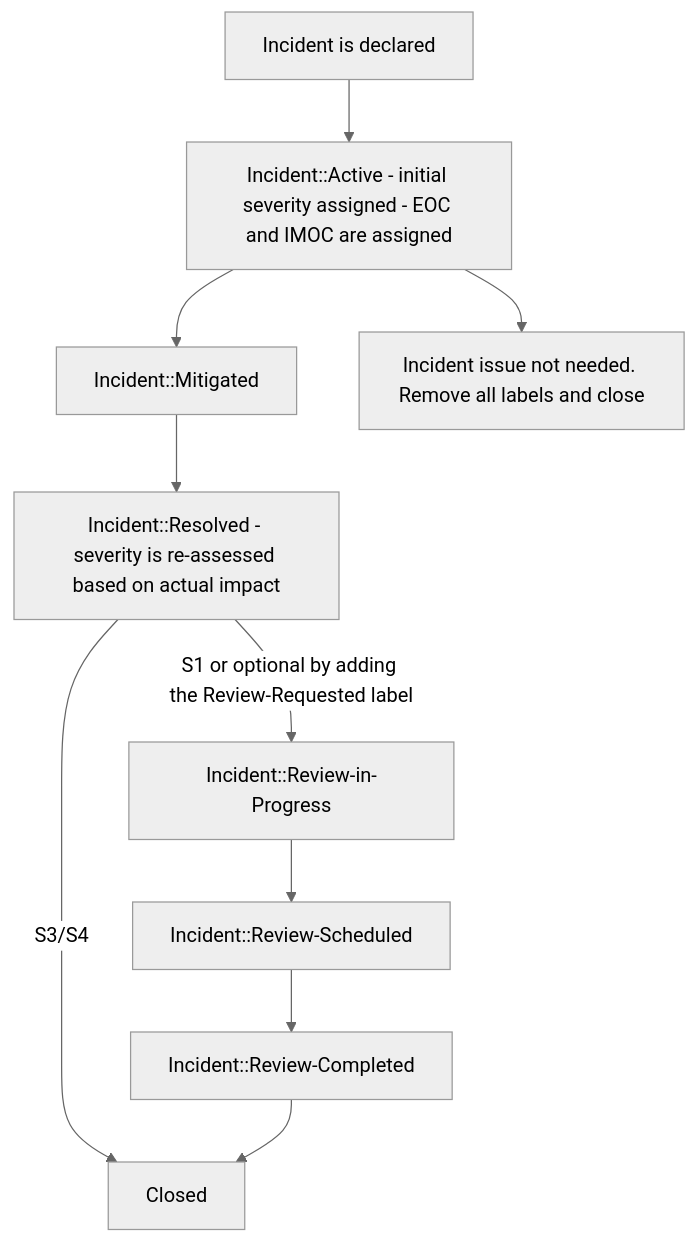
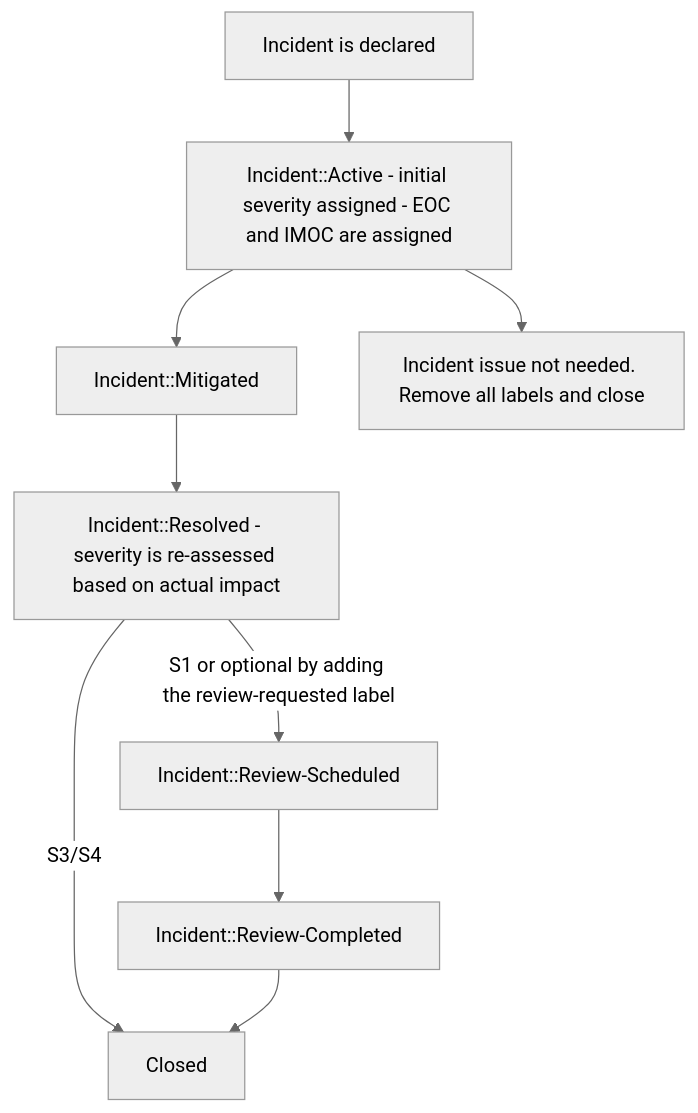
The diagram in infrastructure/incident-management/index.html.md (secretstartups/handbook), drawn with Mermaid (neutral theme) before and after one commit. The commit also changed other lines of this file, not shown here.

Commit message:
Removes the review-in-progress label for incident management

````diff
--- a/infrastructure/incident-management/index.html.md
+++ b/infrastructure/incident-management/index.html.md
@@ -401,12 +400,11 @@
 ``` mermaid
 graph TD
   A[Incident is declared] --> B[Incident::Active - initial severity assigned - EOC and IMOC are assigned]
   B --> C[Incident::Mitigated]
   C --> D[Incident::Resolved - severity is re-assessed based on actual impact]
-  D --> |S1 or optional by adding the Review-Requested label| E[Incident::Review-in-Progress]
-  E --> F[Incident::Review-Scheduled]
+  D --> |S1 or optional by adding the review-requested label| F[Incident::Review-Scheduled]
   D -->|S3/S4| Z[Closed]
   B --> Y[Incident issue not needed. Remove all labels and close]
   F --> G[Incident::Review-Completed]
   G --> Z
 ```
````
